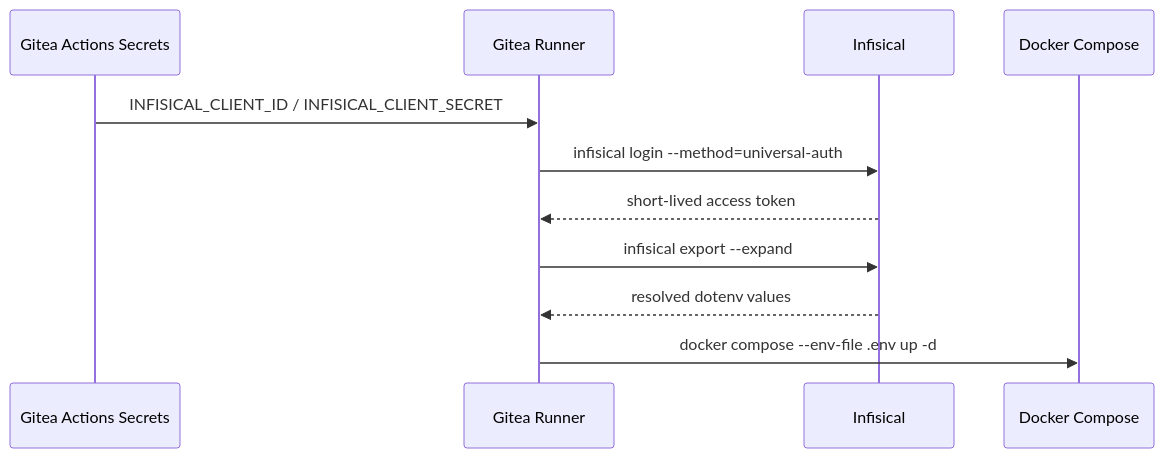
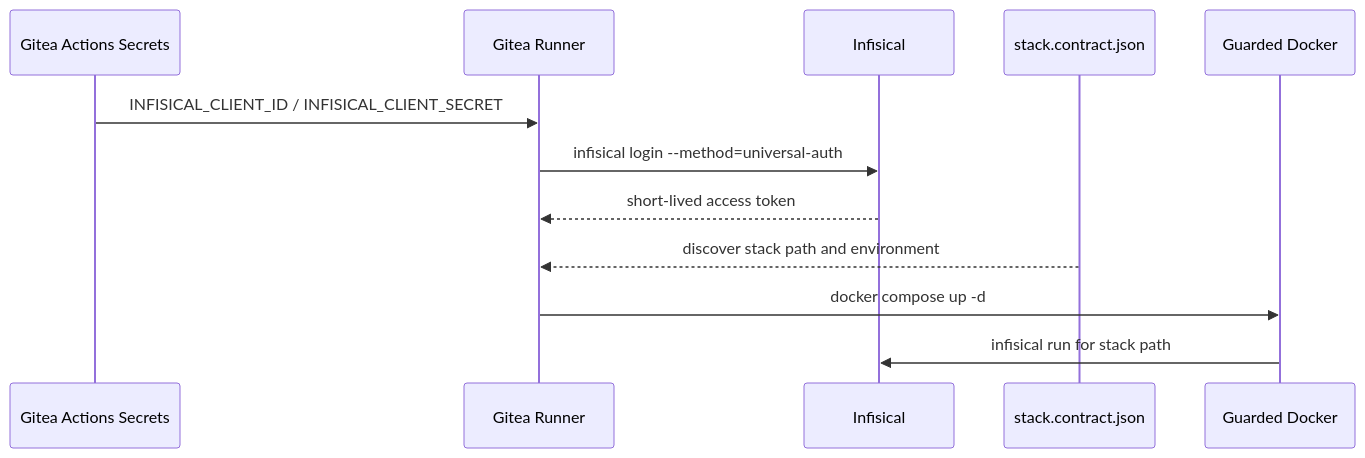
One commit to kriebb/kriebb.github.io changed the first of 3 diagrams in _posts/2026-03-11-infisical-gitea-actions-and-the-secret-zero-problem.md. Above: the diagram before and after it, drawn with Mermaid. The commit also changed other lines of this file and 3 other files, not shown here.

````diff
--- a/_posts/2026-03-11-infisical-gitea-actions-and-the-secret-zero-problem.md
+++ b/_posts/2026-03-11-infisical-gitea-actions-and-the-secret-zero-problem.md
@@ -69,14 +67,15 @@
 ```mermaid
 sequenceDiagram
     participant G as Gitea Actions Secrets
     participant R as Gitea Runner
     participant I as Infisical
-    participant D as Docker Compose
+    participant C as stack.contract.json
+    participant D as Guarded Docker
 
     G->>R: INFISICAL_CLIENT_ID / INFISICAL_CLIENT_SECRET
     R->>I: infisical login --method=universal-auth
     I-->>R: short-lived access token
-    R->>I: infisical export --expand
-    I-->>R: resolved dotenv values
-    R->>D: docker compose --env-file .env up -d
+    C-->>R: discover stack path and environment
+    R->>D: docker compose up -d
+    D->>I: infisical run for stack path
 ```
````
